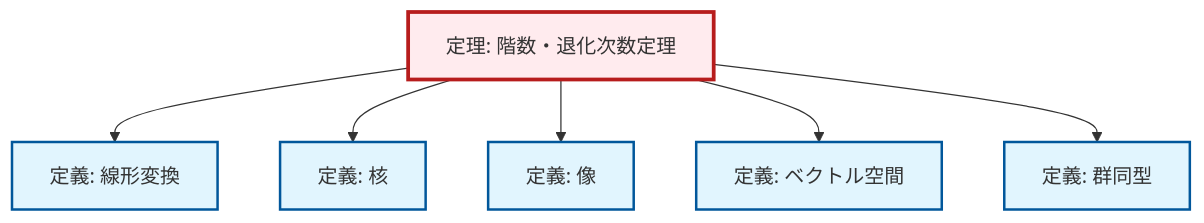
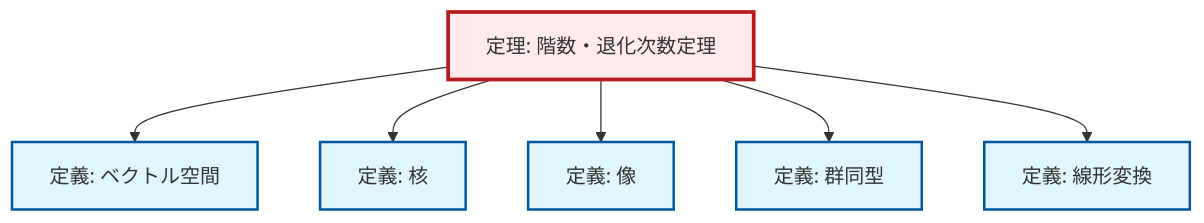
One commit to RK0429/ModernMath changed the diagram in content/ja/algebra/thm-rank-nullity.qmd. Above: the diagram before and after it, drawn with Mermaid. The commit also changed other lines of this file and 328 other files, not shown here.

````diff
--- a/content/ja/algebra/thm-rank-nullity.qmd
+++ b/content/ja/algebra/thm-rank-nullity.qmd
@@ -57,26 +57,26 @@
 ```{mermaid}
 %%| fig-cap: "ローカル依存関係グラフ"
 graph TD
     classDef definition fill:#e1f5fe,stroke:#01579b,stroke-width:2px
     classDef theorem fill:#f3e5f5,stroke:#4a148c,stroke-width:2px
     classDef axiom fill:#fff3e0,stroke:#e65100,stroke-width:2px
     classDef example fill:#e8f5e9,stroke:#1b5e20,stroke-width:2px
     classDef current fill:#ffebee,stroke:#b71c1c,stroke-width:3px
-    thm-rank-nullity["定理: 階数・退化次数定理"]:::theorem
-    def-isomorphism["定義: 群同型"]:::definition
     def-linear-transformation["定義: 線形変換"]:::definition
     def-kernel["定義: 核"]:::definition
     def-vector-space["定義: ベクトル空間"]:::definition
+    def-isomorphism["定義: 群同型"]:::definition
+    thm-rank-nullity["定理: 階数・退化次数定理"]:::theorem
     def-image["定義: 像"]:::definition
-    thm-rank-nullity --> def-linear-transformation
+    thm-rank-nullity --> def-vector-space
     thm-rank-nullity --> def-kernel
     thm-rank-nullity --> def-image
-    thm-rank-nullity --> def-vector-space
     thm-rank-nullity --> def-isomorphism
+    thm-rank-nullity --> def-linear-transformation
     class thm-rank-nullity current
-    click def-isomorphism "def-isomorphism.html" "群同型の定義へ"
     click def-linear-transformation "def-linear-transformation.html" "線形変換の定義へ"
     click def-kernel "def-kernel.html" "核の定義へ"
     click def-vector-space "def-vector-space.html" "ベクトル空間の定義へ"
+    click def-isomorphism "def-isomorphism.html" "群同型の定義へ"
     click def-image "def-image.html" "像の定義へ"
 ```
````
